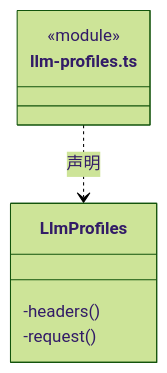
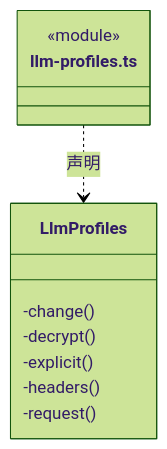
The fifth of 5 diagrams in src/backend/main/persistence/settings/ARCHITECTURE.md (nan023062/cbim), drawn with Mermaid (forest theme) before and after one commit. The commit also changed other lines of this file and 224 other files, not shown here.

````diff
--- a/src/backend/main/persistence/settings/ARCHITECTURE.md
+++ b/src/backend/main/persistence/settings/ARCHITECTURE.md
@@ -125,11 +144,14 @@
 ```mermaid
 classDiagram
 class N_src_backend_main_persistence_settings_llm_profiles_ts["llm-profiles.ts"] {
   <<module>>
 }
 class N_src_backend_main_persistence_settings_llm_profiles_ts_LlmProfiles["LlmProfiles"] {
+  -change()
+  -decrypt()
+  -explicit()
   -headers()
   -request()
 }
 N_src_backend_main_persistence_settings_llm_profiles_ts ..> N_src_backend_main_persistence_settings_llm_profiles_ts_LlmProfiles : 声明
 ```
````
